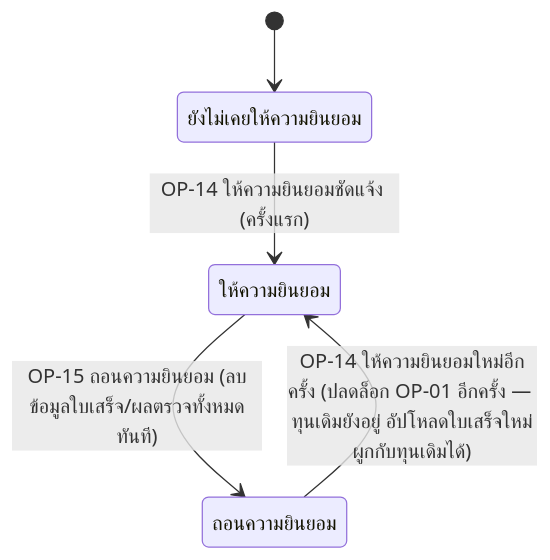
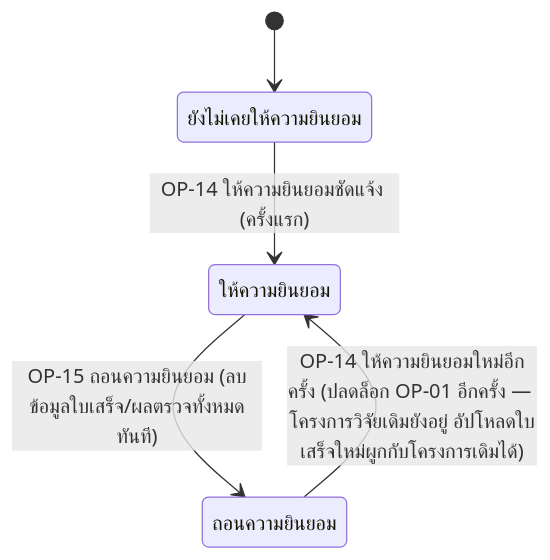
The third of 3 diagrams in docs/02-design/02-technical/detailed-design/consent-management.md (ptrsswnr/Grant-Receipt-Assistant), drawn with Mermaid before and after one commit. The commit also changed other lines of this file and 18 other files, not shown here.

````diff
--- a/docs/02-design/02-technical/detailed-design/consent-management.md
+++ b/docs/02-design/02-technical/detailed-design/consent-management.md
@@ -88,11 +94,11 @@
 ```mermaid
 stateDiagram-v2
     state "ยังไม่เคยให้ความยินยอม" as s_none
     state "ให้ความยินยอม" as s_given
     state "ถอนความยินยอม" as s_withdrawn
 
     [*] --> s_none
     s_none --> s_given : OP-14 ให้ความยินยอมชัดแจ้ง (ครั้งแรก)
     s_given --> s_withdrawn : OP-15 ถอนความยินยอม (ลบข้อมูลใบเสร็จ/ผลตรวจทั้งหมดทันที)
-    s_withdrawn --> s_given : OP-14 ให้ความยินยอมใหม่อีกครั้ง (ปลดล็อก OP-01 อีกครั้ง — ทุนเดิมยังอยู่ อัปโหลดใบเสร็จใหม่ผูกกับทุนเดิมได้)
+    s_withdrawn --> s_given : OP-14 ให้ความยินยอมใหม่อีกครั้ง (ปลดล็อก OP-01 อีกครั้ง — โครงการวิจัยเดิมยังอยู่ อัปโหลดใบเสร็จใหม่ผูกกับโครงการเดิมได้)
 ```
````
